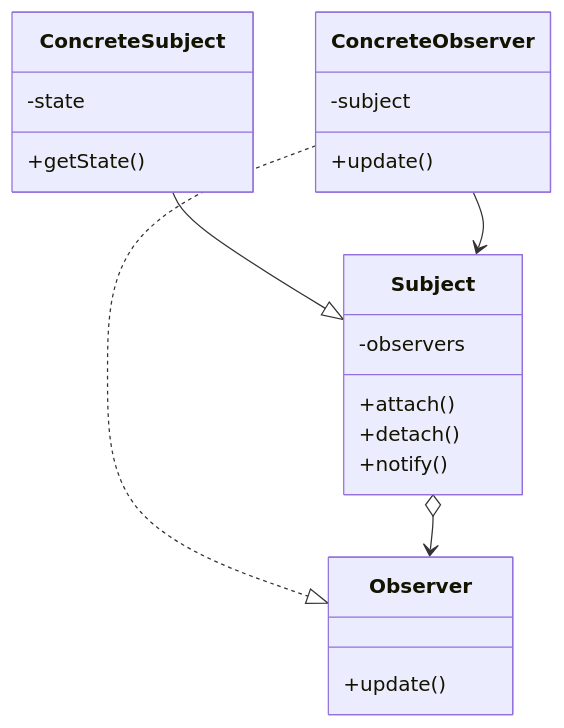
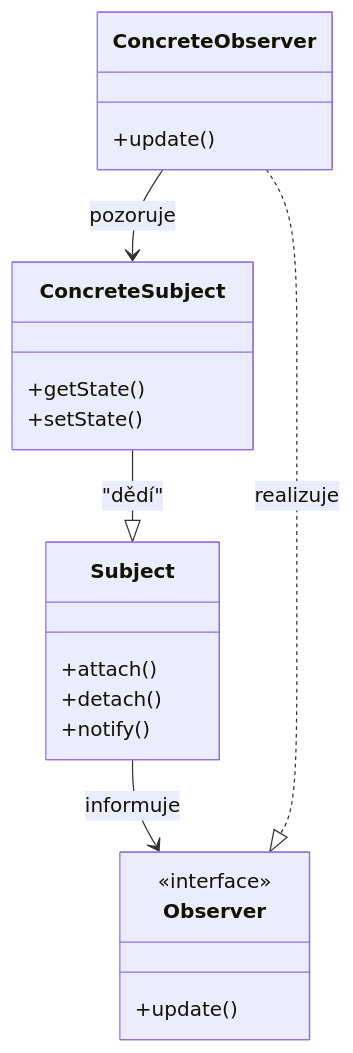
One commit to Veselyy/VUT-school changed the fourth of 4 diagrams in IPP/otazky.md. Above: the diagram before and after it, drawn with Mermaid. The commit also changed other lines of this file and 12 other files, not shown here.

````diff
--- a/IPP/otazky.md
+++ b/IPP/otazky.md
@@ -131,24 +112,19 @@
 ```mermaid
 classDiagram
-    class Subject {
-        -observers
-        +attach()
-        +detach()
-        +notify()
-    }
-    class ConcreteSubject {
-        -state
-        +getState()
-    }
-    class Observer {
-        +update()
-    }
-    class ConcreteObserver {
-        -subject
-        +update()
-    }
-    ConcreteSubject --|> Subject
-    ConcreteObserver ..|> Observer
-    Subject o--> Observer
-    ConcreteObserver --> Subject
+    class Subject
+    class Observer
+    class ConcreteSubject
+    class ConcreteObserver
+    <<interface>> Observer
+    Subject : +attach()
+    Subject : +detach()
+    Subject : +notify()
+    Observer : +update()
+    ConcreteSubject : +getState()
+    ConcreteSubject : +setState()
+    ConcreteObserver : +update()
+    Subject --> Observer : informuje
+    ConcreteSubject --|> Subject : "dědí"
+    ConcreteObserver ..|> Observer : realizuje
+    ConcreteObserver --> ConcreteSubject : pozoruje
 ```
````
